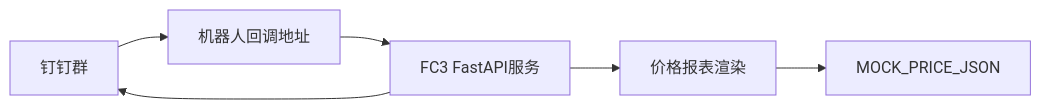
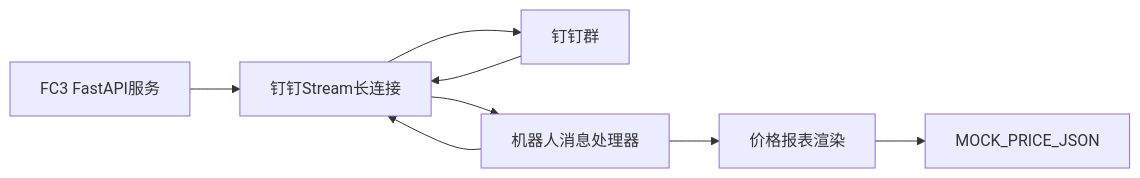
One commit to yuqingyang3019-cyber/ding-post changed the diagram in SPEC/ARCHITECTURE.md. Above: the diagram before and after it, drawn with Mermaid. The commit also changed other lines of this file and 8 other files, not shown here.

Commit message:
Switch bot integration to DingTalk Stream mode

````diff
--- a/SPEC/ARCHITECTURE.md
+++ b/SPEC/ARCHITECTURE.md
@@ -5,8 +5,10 @@
 ```mermaid
 flowchart LR
-  dingGroup["钉钉群"] --> botCallback["机器人回调地址"]
-  botCallback --> fcApp["FC3 FastAPI服务"]
-  fcApp --> renderer["价格报表渲染"]
+  fcApp["FC3 FastAPI服务"] --> streamConn["钉钉Stream长连接"]
+  streamConn --> dingGroup["钉钉群"]
+  dingGroup --> streamConn
+  streamConn --> streamHandler["机器人消息处理器"]
+  streamHandler --> renderer["价格报表渲染"]
   renderer --> mockData["MOCK_PRICE_JSON"]
-  fcApp --> dingGroup
+  streamHandler --> streamConn
 ```
````
